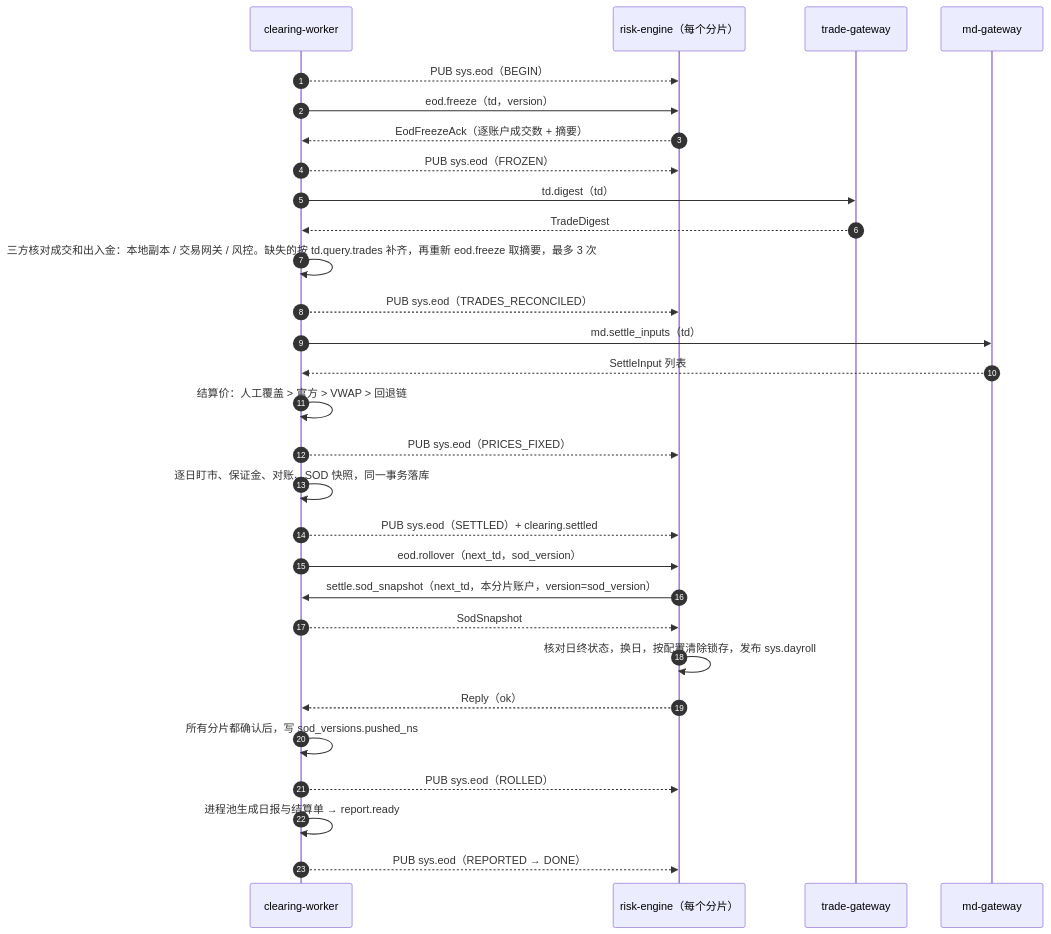
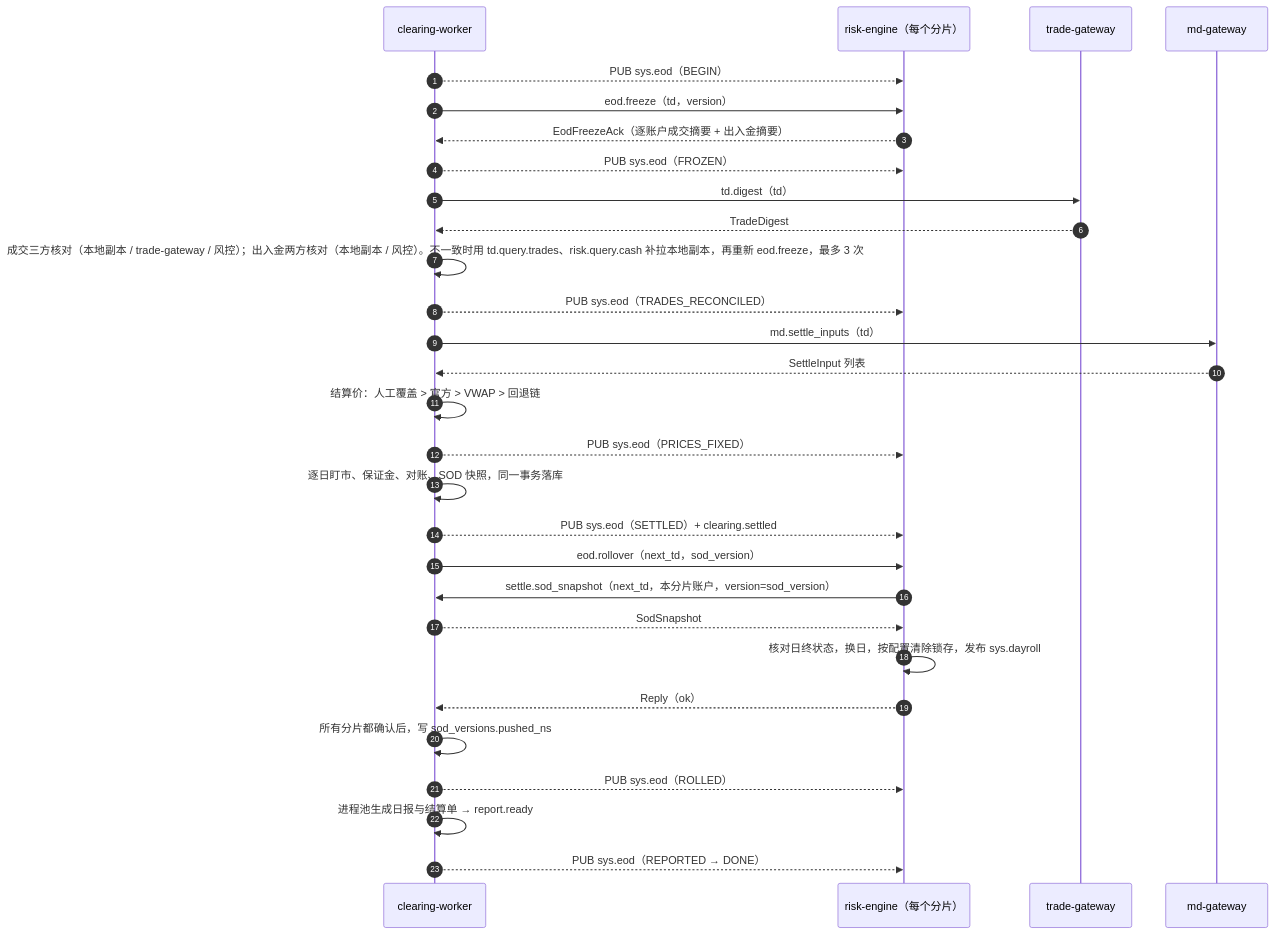
Before and after one commit to tom-xue-dev/futrisk: the tenth of 17 diagrams in docs/01-architecture.md, drawn with Mermaid. The commit also changed other lines of this file and 31 other files, not shown here.

First line of the commit message:
文档：按代码重建 docs 为 v1.0，全量验证并重拍截图

````diff
--- a/docs/01-architecture.md
+++ b/docs/01-architecture.md
@@ -588,31 +614,31 @@
 ```mermaid
 sequenceDiagram
     autonumber
     participant CW as clearing-worker
     participant RE as risk-engine（每个分片）
     participant TG as trade-gateway
     participant MD as md-gateway
     CW-->>RE: PUB sys.eod（BEGIN）
     CW->>RE: eod.freeze（td，version）
-    RE-->>CW: EodFreezeAck（逐账户成交数 + 摘要）
+    RE-->>CW: EodFreezeAck（逐账户成交摘要 + 出入金摘要）
     CW-->>RE: PUB sys.eod（FROZEN）
     CW->>TG: td.digest（td）
     TG-->>CW: TradeDigest
-    CW->>CW: 三方核对成交和出入金：本地副本 / 交易网关 / 风控。缺失的按 td.query.trades 补齐，再重新 eod.freeze 取摘要，最多 3 次
+    CW->>CW: 成交三方核对（本地副本 / trade-gateway / 风控）；出入金两方核对（本地副本 / 风控）。不一致时用 td.query.trades、risk.query.cash 补拉本地副本，再重新 eod.freeze，最多 3 次
     CW-->>RE: PUB sys.eod（TRADES_RECONCILED）
     CW->>MD: md.settle_inputs（td）
     MD-->>CW: SettleInput 列表
     CW->>CW: 结算价：人工覆盖 > 官方 > VWAP > 回退链
     CW-->>RE: PUB sys.eod（PRICES_FIXED）
     CW->>CW: 逐日盯市、保证金、对账、SOD 快照，同一事务落库
     CW-->>RE: PUB sys.eod（SETTLED）+ clearing.settled
     CW->>RE: eod.rollover（next_td，sod_version）
     RE->>CW: settle.sod_snapshot（next_td，本分片账户，version=sod_version）
     CW-->>RE: SodSnapshot
     RE->>RE: 核对日终状态，换日，按配置清除锁存，发布 sys.dayroll
     RE-->>CW: Reply（ok）
     CW->>CW: 所有分片都确认后，写 sod_versions.pushed_ns
     CW-->>RE: PUB sys.eod（ROLLED）
     CW->>CW: 进程池生成日报与结算单 → report.ready
     CW-->>RE: PUB sys.eod（REPORTED → DONE）
 ```
````
